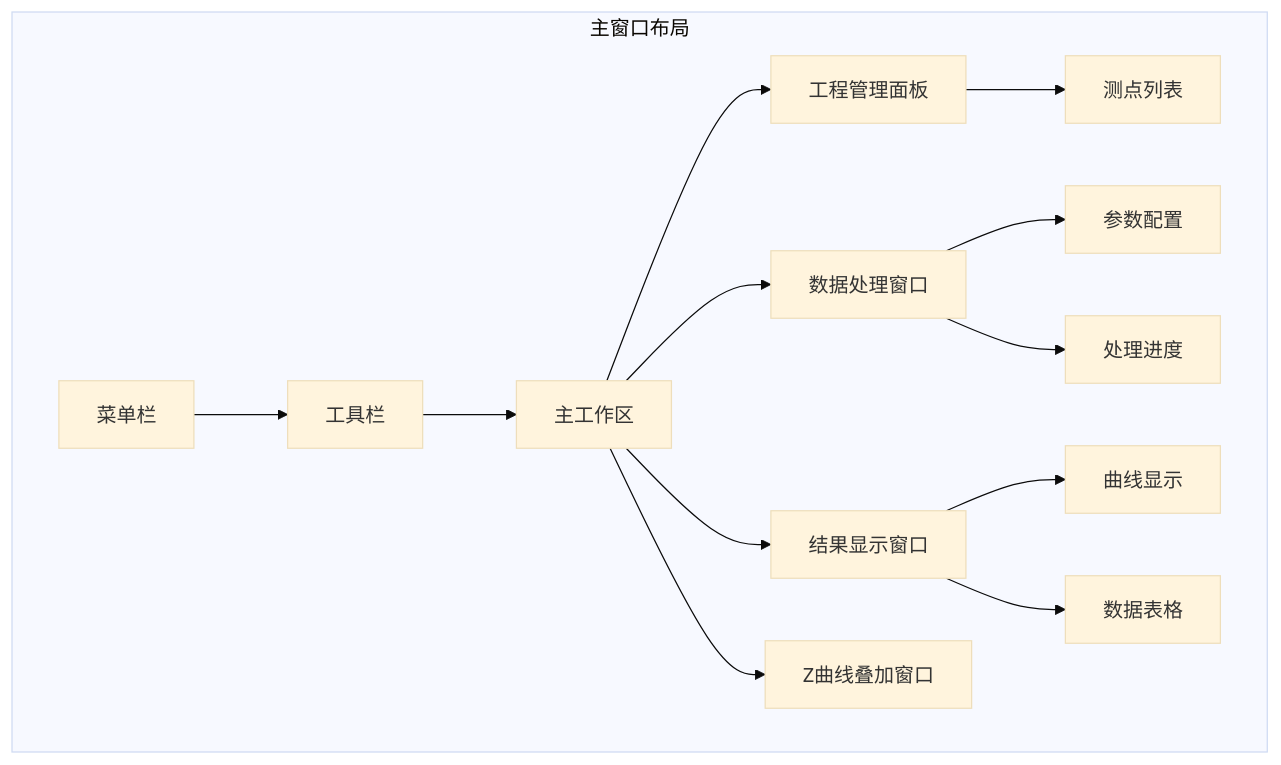
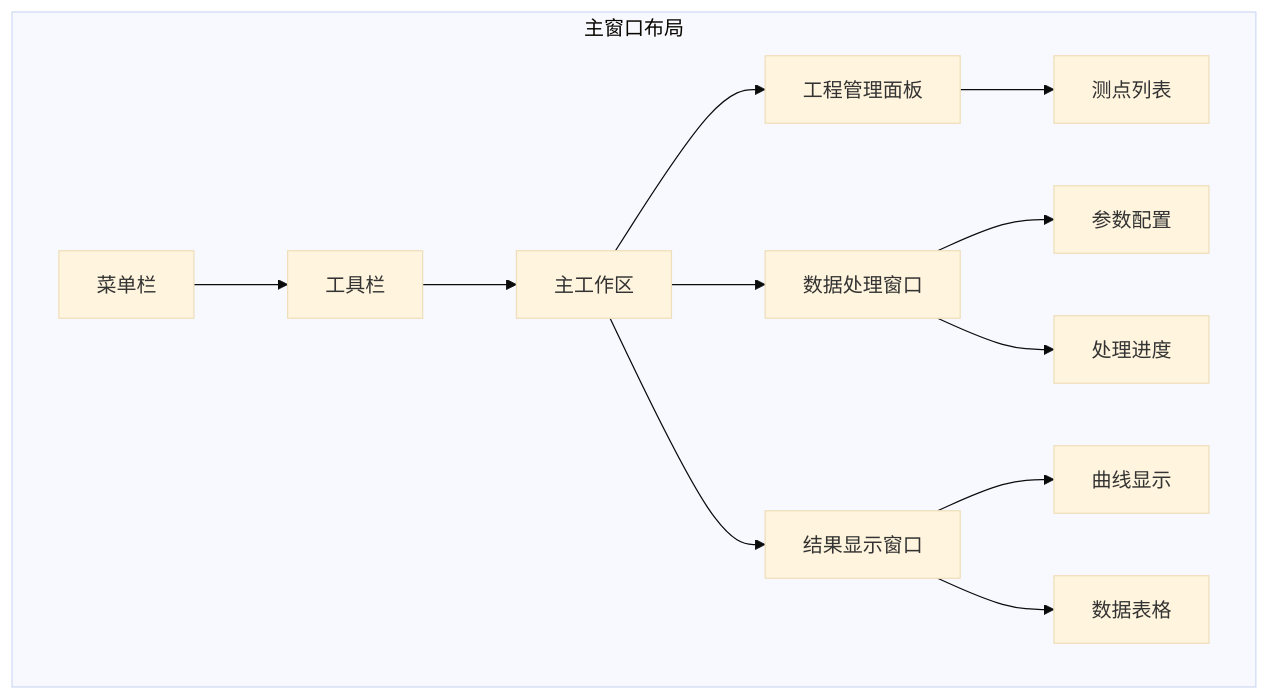
One commit to EMWPJ/RMTDataPro-docs changed the third of 3 diagrams in source/chapters/chapter1.md. Above: the diagram before and after it, drawn with Mermaid (base theme). The commit also changed other lines of this file and 3 other files, not shown here.

First line of the commit message:
Fix style, remove MT comparison, simplify operation flow

````diff
--- a/source/chapters/chapter1.md
+++ b/source/chapters/chapter1.md
@@ -79,16 +160,15 @@
 ```mermaid
 graph TB
     subgraph 主窗口布局
         A[菜单栏] --> B[工具栏]
         B --> C[主工作区]
         C --> D[工程管理面板]
         C --> E[数据处理窗口]
         C --> F[结果显示窗口]
-        C --> G[Z曲线叠加窗口]
         D --> H[测点列表]
         E --> I[参数配置]
         E --> J[处理进度]
         F --> K[曲线显示]
         F --> L[数据表格]
     end
 ```
````
